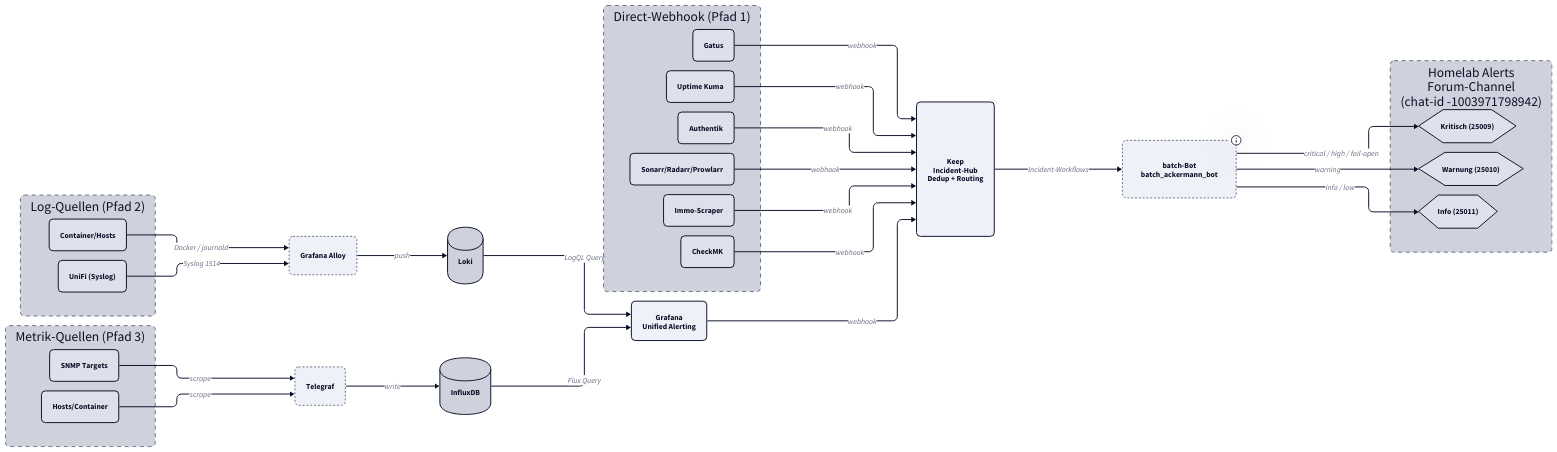
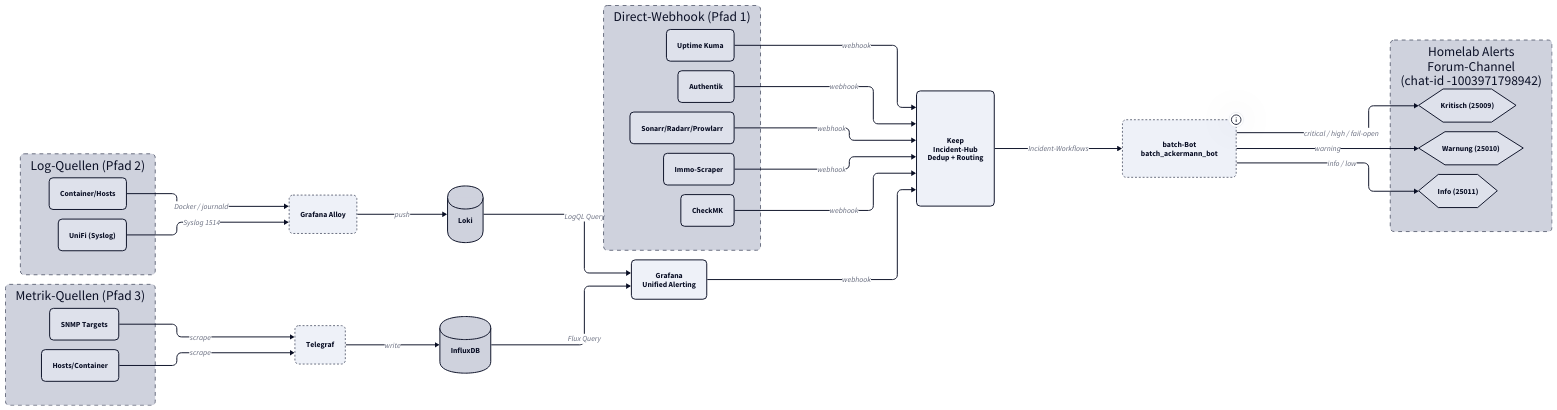
Before and after one commit to derever-labs/homelab-wiki: the first of 2 diagrams in docs/monitoring/index.md, drawn with D2. The commit also changed other lines of this file and 17 other files, not shown here.

```diff
--- a/docs/monitoring/index.md
+++ b/docs/monitoring/index.md
@@ -135,7 +134,6 @@
 # --- Quellen mit Direct-Webhook (Pfad 1) ---
 direct: Direct-Webhook (Pfad 1) {
   class: container
-  gatus: Gatus {class: svc}
   kuma: Uptime Kuma {class: svc}
   authentik: Authentik {class: svc}
   arr: Sonarr/Radarr/Prowlarr {class: svc}
@@ -176,7 +174,6 @@
 }
 
 # Pfad 1: Direct-Webhook
-direct.gatus -> keep: webhook
 direct.kuma -> keep: webhook
 direct.authentik -> keep: webhook
 direct.arr -> keep: webhook
```
